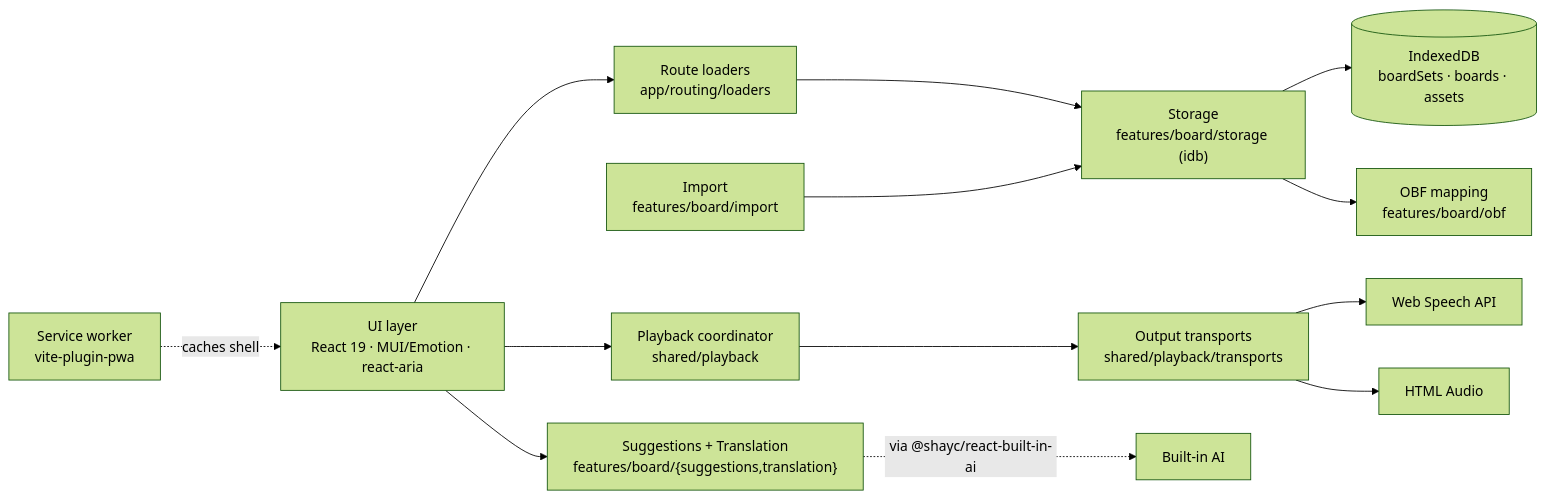
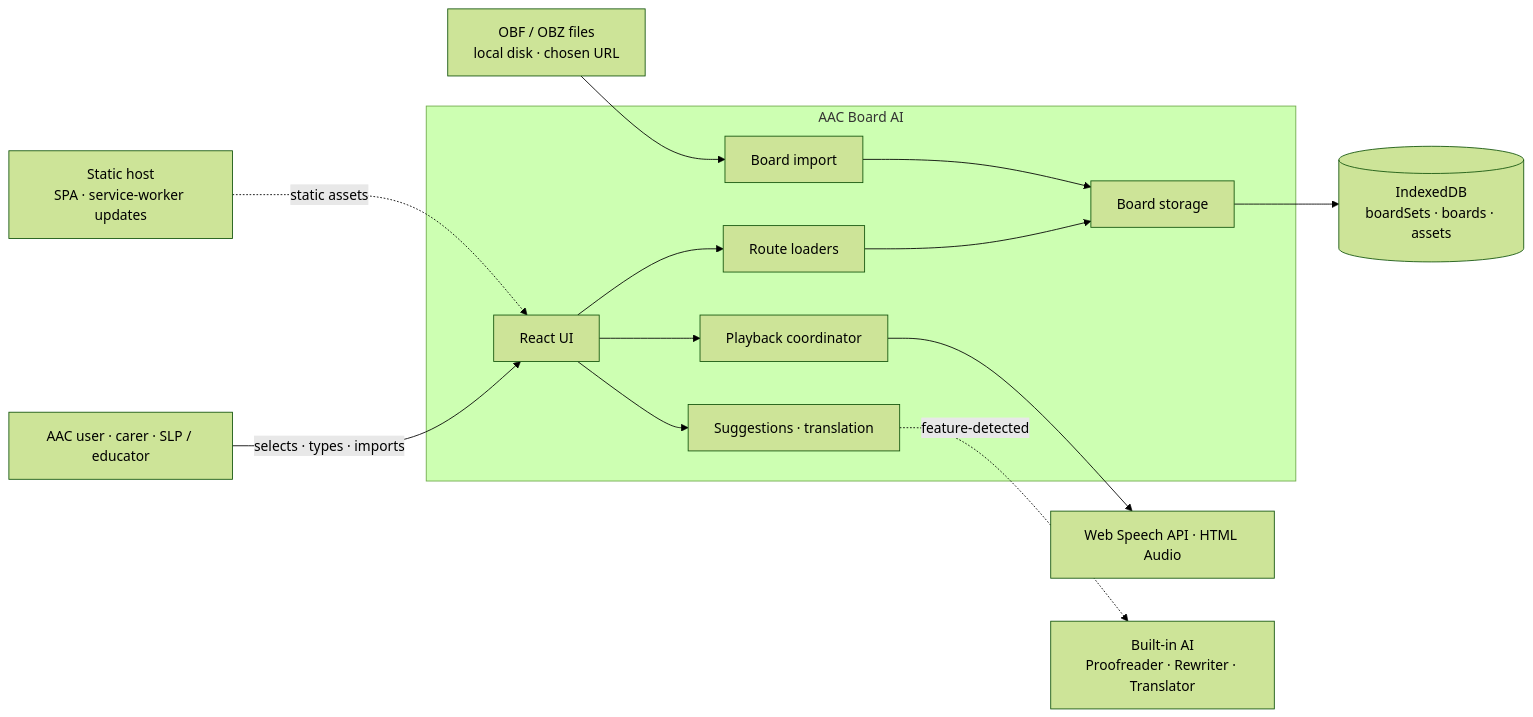
Before and after one commit to shayc/aac-board-ai: the diagram in docs/architecture.md, drawn with Mermaid (forest theme). The commit also changed other lines of this file and 1 other file, not shown here.

Commit message:
docs: tighten README and architecture (#755)

````diff
--- a/docs/architecture.md
+++ b/docs/architecture.md
@@ -98,20 +50,32 @@
 ```mermaid
 flowchart LR
-    UI["UI layer<br/>React 19 · MUI/Emotion · react-aria"]
+    user["AAC user · carer · SLP / educator"]
+    files["OBF / OBZ files<br/>local disk · chosen URL"]
+    host["Static host<br/>SPA · service-worker updates"]
 
-    UI --> LD["Route loaders<br/>app/routing/loaders"]
-    LD --> STG["Storage<br/>features/board/storage (idb)"]
-    STG --> DB[("IndexedDB<br/>boardSets · boards · assets")]
+    subgraph app["AAC Board AI"]
+        UI["React UI"]
+        LD["Route loaders"]
+        IMP["Board import"]
+        STG["Board storage"]
+        PLY["Playback coordinator"]
+        AIF["Suggestions · translation"]
 
-    UI --> PLY["Playback coordinator<br/>shared/playback"]
-    PLY --> OUT["Output transports<br/>shared/playback/transports"]
-    OUT --> WS["Web Speech API"]
-    OUT --> AUD["HTML Audio"]
-    UI --> SUG["Suggestions + Translation<br/>features/board/{suggestions,translation}"]
-    SUG -.->|via @shayc/react-built-in-ai| BAI["Built-in AI"]
+        UI --> LD
+        LD --> STG
+        IMP --> STG
+        UI --> PLY
+        UI --> AIF
+    end
 
-    STG --> OBF["OBF mapping<br/>features/board/obf"]
-    IMP["Import<br/>features/board/import"] --> STG
+    IDB[("IndexedDB<br/>boardSets · boards · assets")]
+    OUT["Web Speech API · HTML Audio"]
+    AI["Built-in AI<br/>Proofreader · Rewriter · Translator"]
 
-    SW["Service worker<br/>vite-plugin-pwa"] -.->|caches shell| UI
+    user -->|selects · types · imports| UI
+    files --> IMP
+    host -.->|static assets| UI
+    STG --> IDB
+    PLY --> OUT
+    AIF -.->|feature-detected| AI
 ```
````
